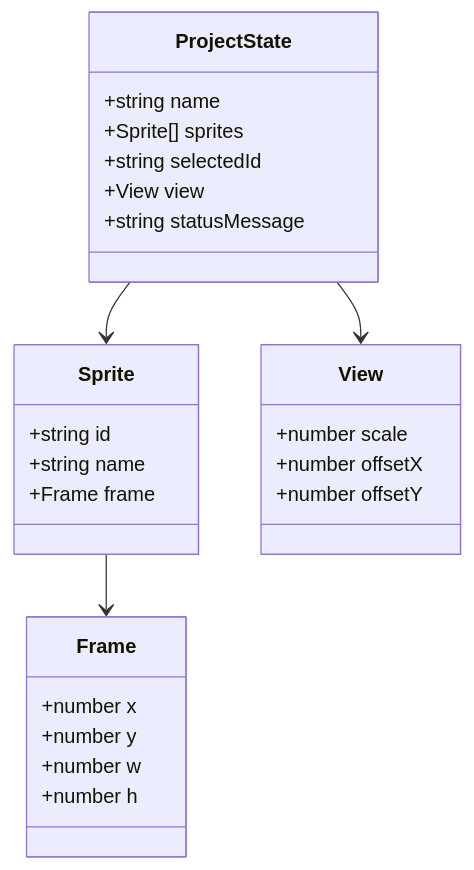
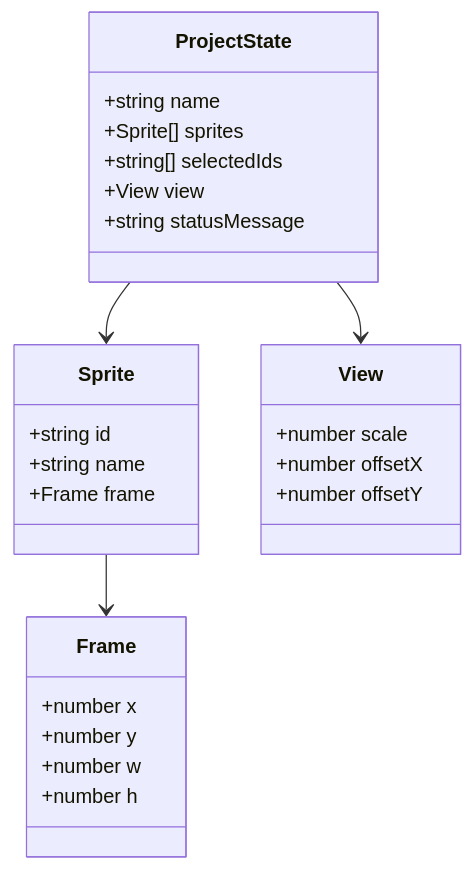
The diagram in ai-software-engineering/02-physical/sprite-sheet-compiler-gui/uml-class.md (shelltdf/sprite2d_mcp), drawn with Mermaid before and after one commit. The commit also changed 15 other files, not shown here.

````diff
--- a/ai-software-engineering/02-physical/sprite-sheet-compiler-gui/uml-class.md
+++ b/ai-software-engineering/02-physical/sprite-sheet-compiler-gui/uml-class.md
@@ -3,29 +3,29 @@
 ```mermaid
 classDiagram
   class Sprite {
     +string id
     +string name
     +Frame frame
   }
   class Frame {
     +number x
     +number y
     +number w
     +number h
   }
   class ProjectState {
     +string name
     +Sprite[] sprites
-    +string selectedId
+    +string[] selectedIds
     +View view
     +string statusMessage
   }
   class View {
     +number scale
     +number offsetX
     +number offsetY
   }
   Sprite --> Frame
   ProjectState --> Sprite
   ProjectState --> View
 ```
````
